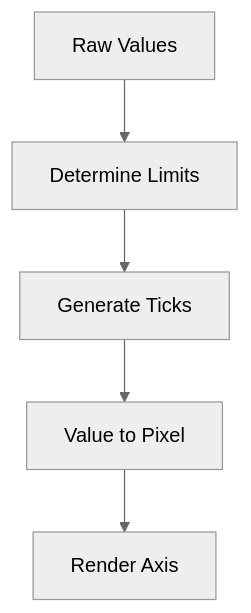
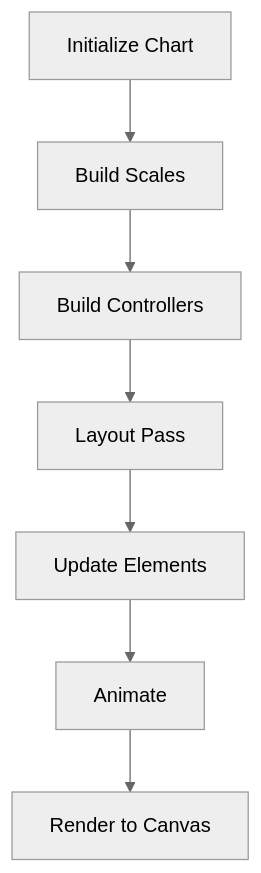
One commit to Ylianst/MeshCentral changed the diagram in docs/diagrams/architecture/chart-core-5.mmd. Above: the diagram before and after it, drawn with Mermaid (neutral theme). The commit also changed 642 other files, not shown here.

```diff
--- a/docs/diagrams/architecture/chart-core-5.mmd
+++ b/docs/diagrams/architecture/chart-core-5.mmd
@@ -1,5 +1,7 @@
 flowchart TD
-    Raw["Raw Values"] --> Limits["Determine Limits"]
-    Limits --> Ticks["Generate Ticks"]
-    Ticks --> Map["Value to Pixel"]
-    Map --> Render["Render Axis"]
+    Init["Initialize Chart"] --> BuildScales["Build Scales"]
+    BuildScales --> BuildControllers["Build Controllers"]
+    BuildControllers --> Layout["Layout Pass"]
+    Layout --> Update["Update Elements"]
+    Update --> Animate["Animate"]
+    Animate --> Render["Render to Canvas"]
```
